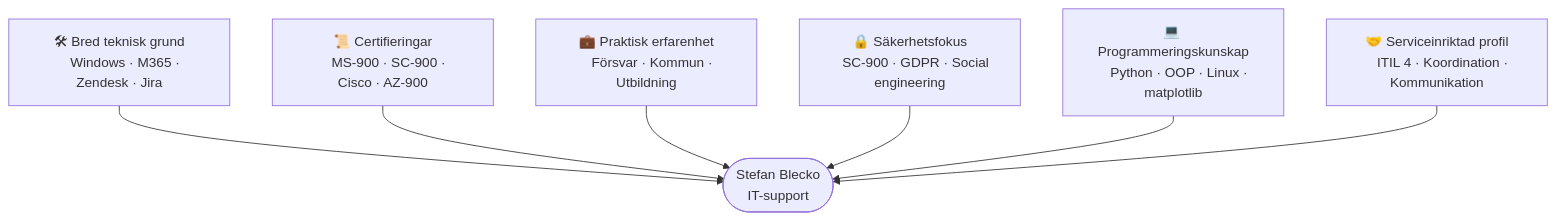
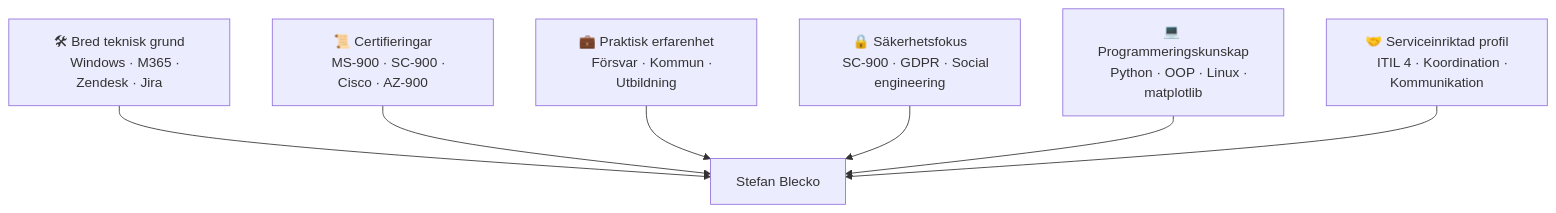
Before and after one commit to steble70/scriptlab: the diagram in README.md, drawn with Mermaid.

Commit message:
Fix formatting for STEFAN node in README flowchart
Updated the formatting of the 'STEFAN' node in the flowchart.

````diff
--- a/README.md
+++ b/README.md
@@ -1,25 +1,24 @@
 ```mermaid
 flowchart TB
-    STEFAN(["Stefan Blecko
-    IT-support"])
+    STEFAN["Stefan Blecko"]
 
     A["🛠 Bred teknisk grund
     Windows · M365 · Zendesk · Jira"]
     B["📜 Certifieringar
     MS-900 · SC-900 · Cisco · AZ-900"]
     C["💼 Praktisk erfarenhet
     Försvar · Kommun · Utbildning"]
     D["🔒 Säkerhetsfokus
     SC-900 · GDPR · Social engineering"]
     E["💻 Programmeringskunskap
     Python · OOP · Linux · matplotlib"]
     F["🤝 Serviceinriktad profil
     ITIL 4 · Koordination · Kommunikation"]
 
     A --> STEFAN
     B --> STEFAN
     C --> STEFAN
     D --> STEFAN
     E --> STEFAN
     F --> STEFAN
 ```
````
